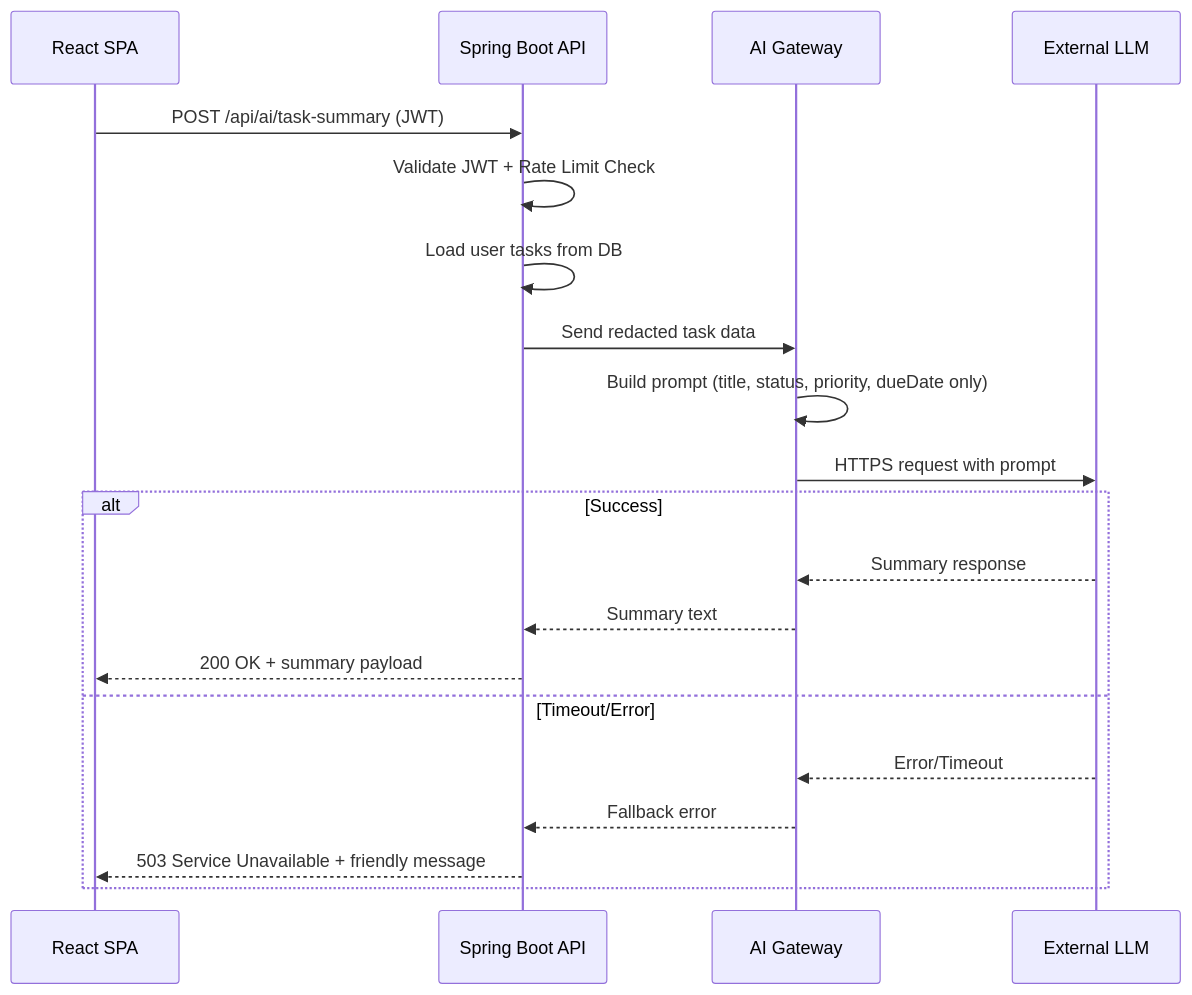
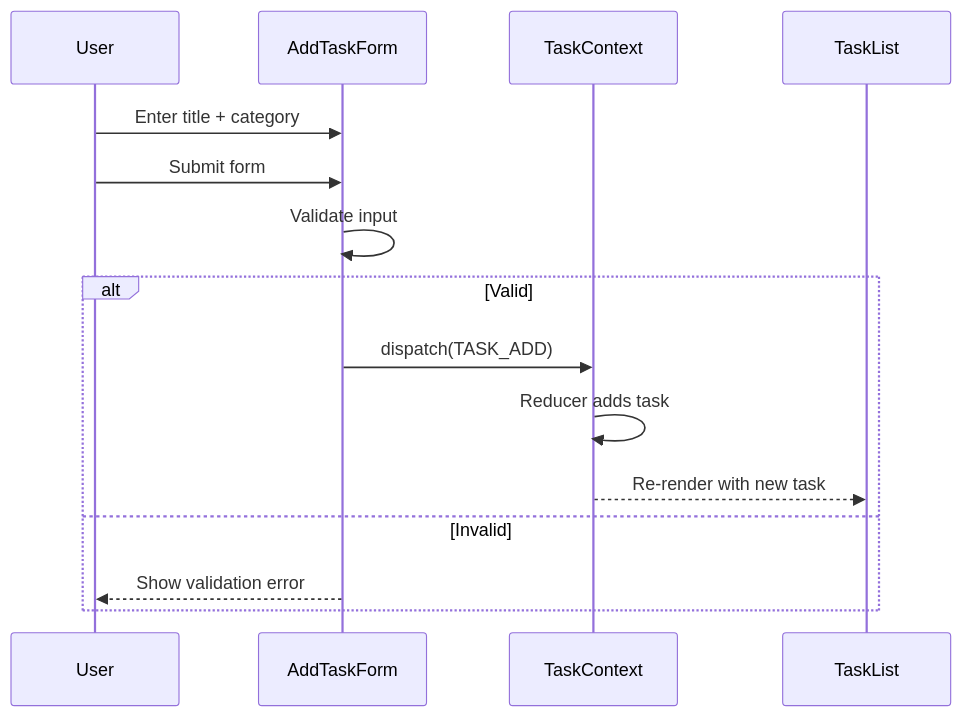
Before and after one commit to nabia-debug/ReactJS-ToDoList: the fourth of 6 diagrams in LLD.md, drawn with Mermaid. The commit also changed other lines of this file, not shown here.

Commit message:
docs: update LLD.md aligned with task manager-React epic

````diff
--- a/LLD.md
+++ b/LLD.md
@@ -244,23 +282,18 @@
 ```mermaid
 sequenceDiagram
-    participant UI as React SPA
-    participant API as Spring Boot API
-    participant AI as AI Gateway
-    participant LLM as External LLM
+    participant U as User
+    participant F as AddTaskForm
+    participant TC as TaskContext
+    participant TL as TaskList
 
-    UI->>API: POST /api/ai/task-summary (JWT)
-    API->>API: Validate JWT + Rate Limit Check
-    API->>API: Load user tasks from DB
-    API->>AI: Send redacted task data
-    AI->>AI: Build prompt (title, status, priority, dueDate only)
-    AI->>LLM: HTTPS request with prompt
-    alt Success
-        LLM-->>AI: Summary response
-        AI-->>API: Summary text
-        API-->>UI: 200 OK + summary payload
-    else Timeout/Error
-        LLM-->>AI: Error/Timeout
-        AI-->>API: Fallback error
-        API-->>UI: 503 Service Unavailable + friendly message
+    U->>F: Enter title + category
+    U->>F: Submit form
+    F->>F: Validate input
+    alt Valid
+        F->>TC: dispatch(TASK_ADD)
+        TC->>TC: Reducer adds task
+        TC-->>TL: Re-render with new task
+    else Invalid
+        F-->>U: Show validation error
     end
 ```
````
